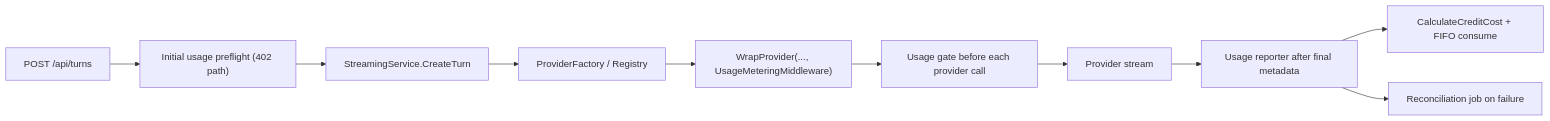
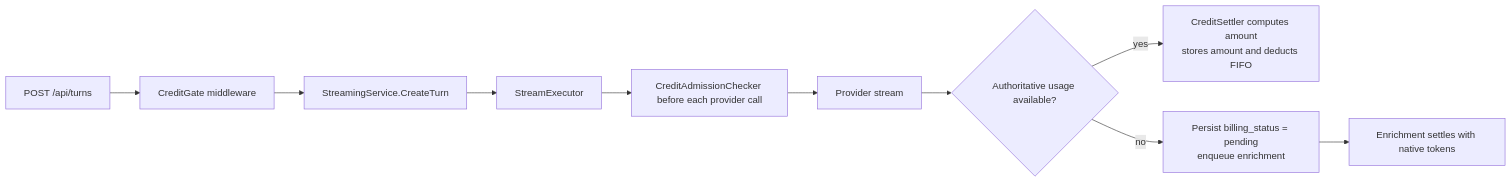
The first of 2 diagrams in .meridian/work/v1-launch/features/billing/billing-design.md (haowjy/meridian-flow), drawn with Mermaid before and after one commit. The commit also changed other lines of this file and 1 other file, not shown here.

First line of the commit message:
billing: fix executor settlement design + align billing-design.md

````diff
--- a/.meridian/work/v1-launch/features/billing/billing-design.md
+++ b/.meridian/work/v1-launch/features/billing/billing-design.md
@@ -171,12 +171,12 @@
 ```mermaid
 flowchart LR
-  A["POST /api/turns"] --> B["Initial usage preflight (402 path)"]
+  A["POST /api/turns"] --> B["CreditGate middleware"]
   B --> C["StreamingService.CreateTurn"]
-  C --> D["ProviderFactory / Registry"]
-  D --> E["WrapProvider(..., UsageMeteringMiddleware)"]
-  E --> F["Usage gate before each provider call"]
-  F --> G["Provider stream"]
-  G --> H["Usage reporter after final metadata"]
-  H --> I["CalculateCreditCost + FIFO consume"]
-  H --> J["Reconciliation job on failure"]
+  C --> D["StreamExecutor"]
+  D --> E["CreditAdmissionChecker before each provider call"]
+  E --> F["Provider stream"]
+  F --> G{"Authoritative usage available?"}
+  G -->|"yes"| H["CreditSettler computes amount<br/>stores amount and deducts FIFO"]
+  G -->|"no"| I["Persist billing_status = pending<br/>enqueue enrichment"]
+  I --> J["Enrichment settles with native tokens"]
 ```
````
